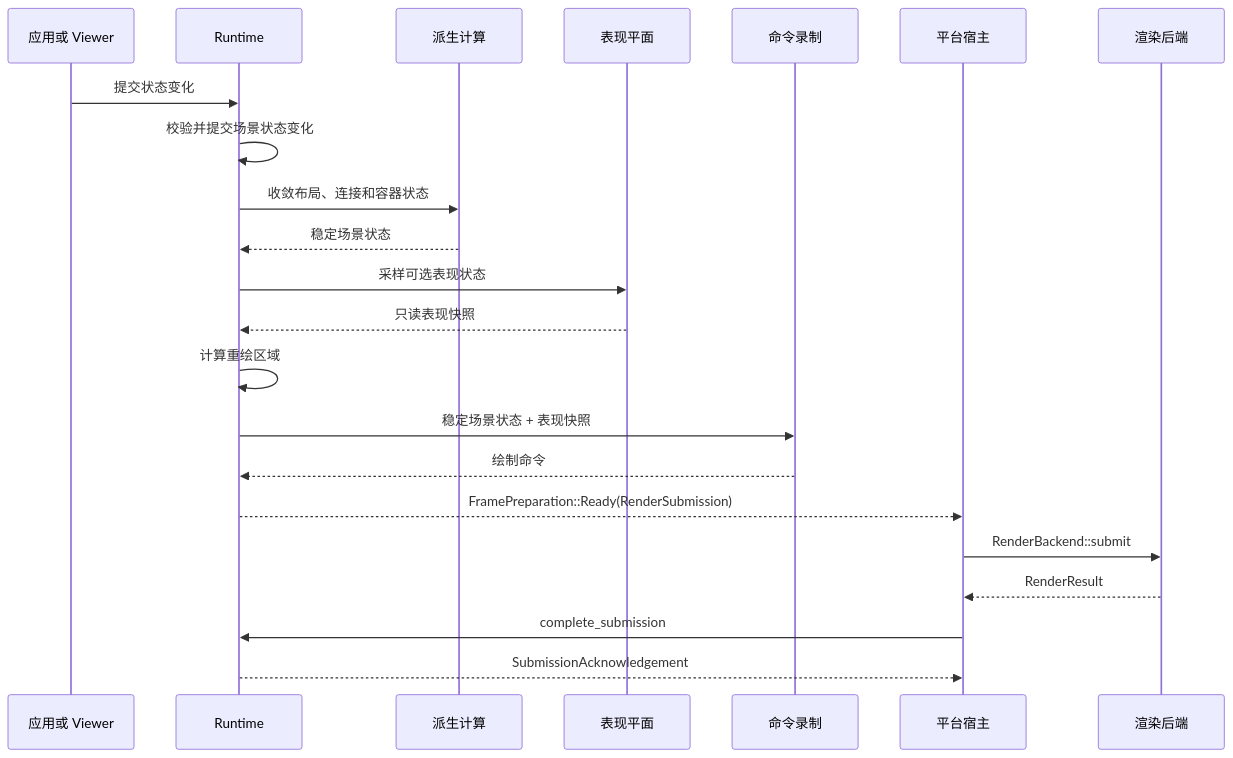
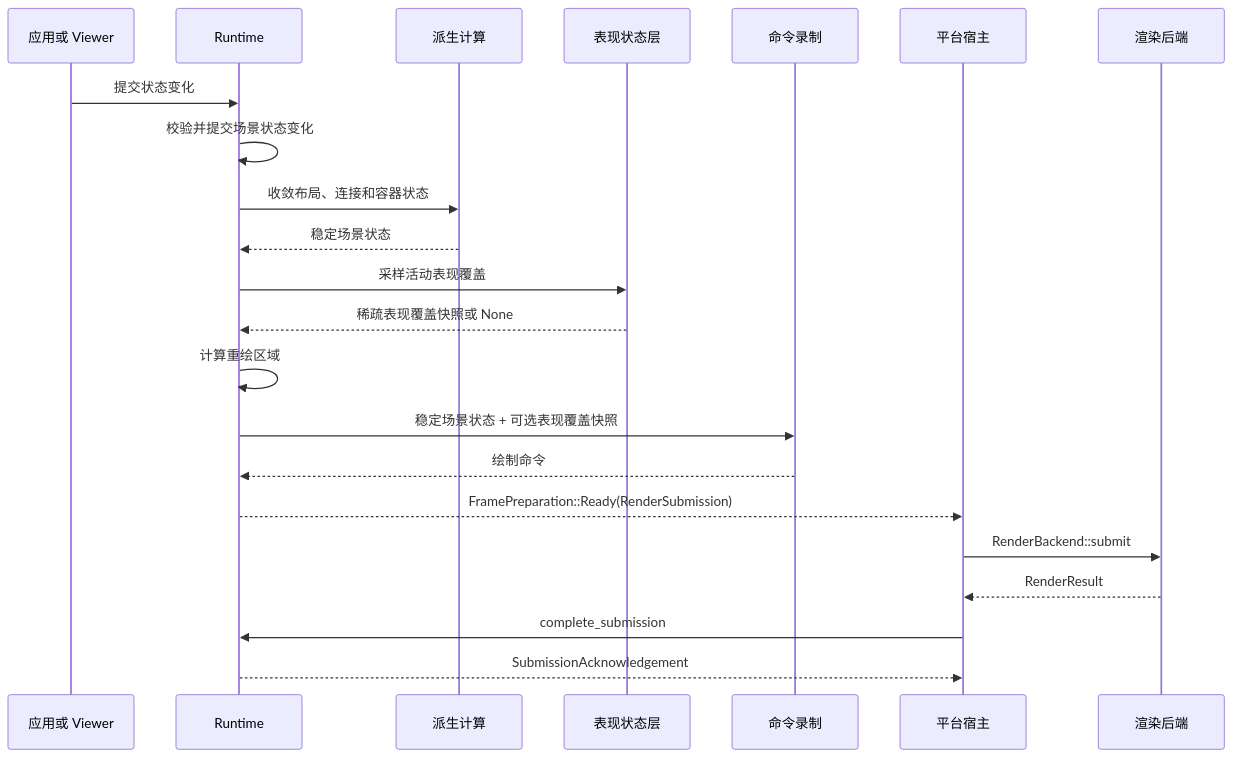
Before and after one commit to yezhang/novadraw: the third of 4 diagrams in engine/wasm_rust/novadraw/book/internals/src/01-graphical-framework.md, drawn with Mermaid. The commit also changed other lines of this file and 21 other files, not shown here.

````diff
--- a/engine/wasm_rust/novadraw/book/internals/src/01-graphical-framework.md
+++ b/engine/wasm_rust/novadraw/book/internals/src/01-graphical-framework.md
@@ -230,25 +235,25 @@
 ```mermaid
 sequenceDiagram
     participant Source as 应用或 Viewer
     participant Runtime
     participant Derived as 派生计算
-    participant Presentation as 表现平面
+    participant Presentation as 表现状态层
     participant Recorder as 命令录制
     participant Host as 平台宿主
     participant Backend as 渲染后端
 
     Source->>Runtime: 提交状态变化
     Runtime->>Runtime: 校验并提交场景状态变化
     Runtime->>Derived: 收敛布局、连接和容器状态
     Derived-->>Runtime: 稳定场景状态
-    Runtime->>Presentation: 采样可选表现状态
-    Presentation-->>Runtime: 只读表现快照
+    Runtime->>Presentation: 采样活动表现覆盖
+    Presentation-->>Runtime: 稀疏表现覆盖快照或 None
     Runtime->>Runtime: 计算重绘区域
-    Runtime->>Recorder: 稳定场景状态 + 表现快照
+    Runtime->>Recorder: 稳定场景状态 + 可选表现覆盖快照
     Recorder-->>Runtime: 绘制命令
     Runtime-->>Host: FramePreparation::Ready(RenderSubmission)
     Host->>Backend: RenderBackend::submit
     Backend-->>Host: RenderResult
     Host->>Runtime: complete_submission
     Runtime-->>Host: SubmissionAcknowledgement
 ```
````
